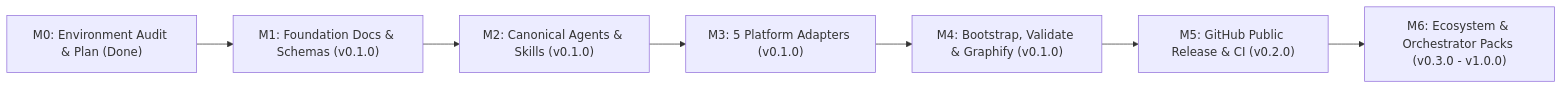
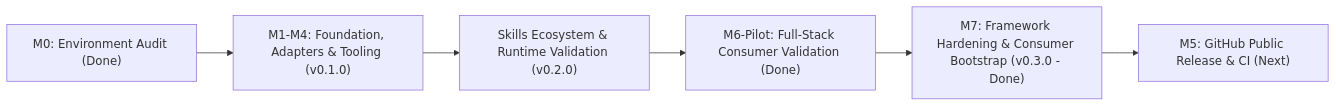
One commit to Raele24/ai-engineering-framework changed the diagram in docs/ROADMAP.md. Above: the diagram before and after it, drawn with Mermaid. The commit also changed other lines of this file and 36 other files, not shown here.

Commit message:
feat(m7): harden consumer bootstrap, validation modes, pack filtering, adapter paths, and stack preflight (v0.3.0)

````diff
--- a/docs/ROADMAP.md
+++ b/docs/ROADMAP.md
@@ -9,9 +9,8 @@
 ```mermaid
 flowchart LR
-    M0["M0: Environment Audit & Plan (Done)"] --> M1["M1: Foundation Docs & Schemas (v0.1.0)"]
-    M1 --> M2["M2: Canonical Agents & Skills (v0.1.0)"]
-    M2 --> M3["M3: 5 Platform Adapters (v0.1.0)"]
-    M3 --> M4["M4: Bootstrap, Validate & Graphify (v0.1.0)"]
-    M4 --> M5["M5: GitHub Public Release & CI (v0.2.0)"]
-    M5 --> M6["M6: Ecosystem & Orchestrator Packs (v0.3.0 - v1.0.0)"]
+    M0["M0: Environment Audit (Done)"] --> M1["M1-M4: Foundation, Adapters & Tooling (v0.1.0)"]
+    M1 --> M2["Skills Ecosystem & Runtime Validation (v0.2.0)"]
+    M2 --> M6["M6-Pilot: Full-Stack Consumer Validation (Done)"]
+    M6 --> M7["M7: Framework Hardening & Consumer Bootstrap (v0.3.0 - Done)"]
+    M7 --> M5["M5: GitHub Public Release & CI (Next)"]
 ```
````
